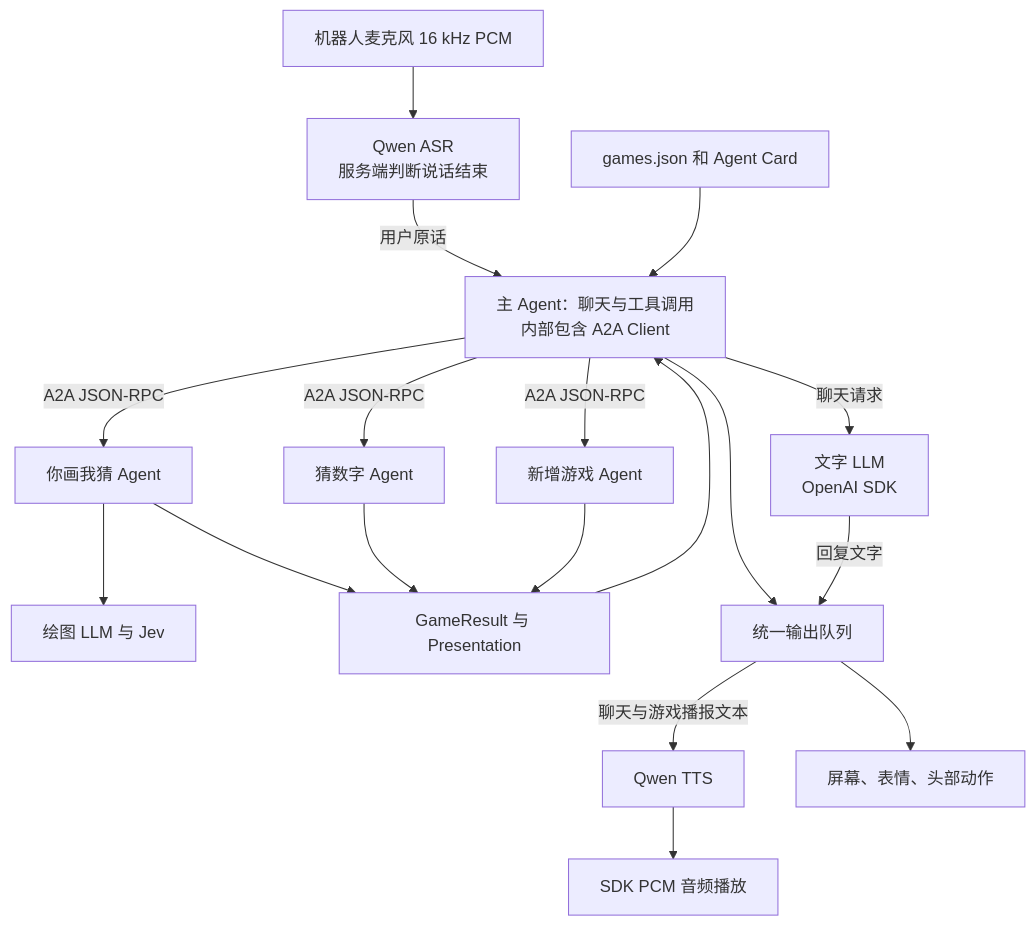
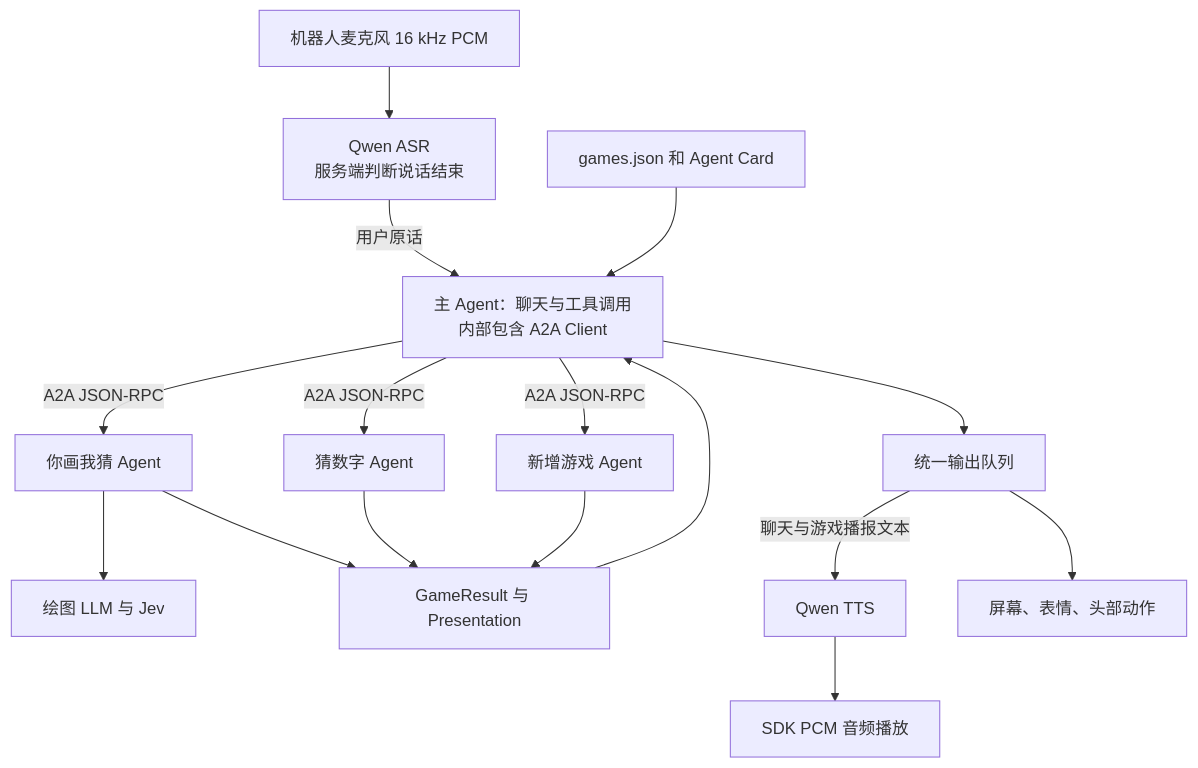
One commit to left0ver/agentcade changed the diagram in README.md. Above: the diagram before and after it, drawn with Mermaid. The commit also changed other lines of this file and 14 other files, not shown here.

````diff
--- a/README.md
+++ b/README.md
@@ -124,20 +124,18 @@
 ```mermaid
 flowchart TD
     Mic[机器人麦克风 16 kHz PCM] --> ASR[Qwen ASR\n服务端判断说话结束]
     ASR -->|用户原话| Main[主 Agent：聊天与工具调用\n内部包含 A2A Client]
     Catalog[games.json 和 Agent Card] --> Main
     Main -->|A2A JSON-RPC| Animal[你画我猜 Agent]
     Main -->|A2A JSON-RPC| Number[猜数字 Agent]
     Main -->|A2A JSON-RPC| Extension[新增游戏 Agent]
     Animal --> Drawing[绘图 LLM 与 Jev]
     Animal --> Result[GameResult 与 Presentation]
     Number --> Result
     Extension --> Result
     Main --> Output[统一输出队列]
-    Main -->|聊天请求| Chat[文字 LLM\nOpenAI SDK]
-    Chat -->|回复文字| Output
     Result --> Main
     Output -->|聊天与游戏播报文本| Speech[Qwen TTS]
     Speech --> Audio[SDK PCM 音频播放]
     Output --> Device[屏幕、表情、头部动作]
 ```
````
